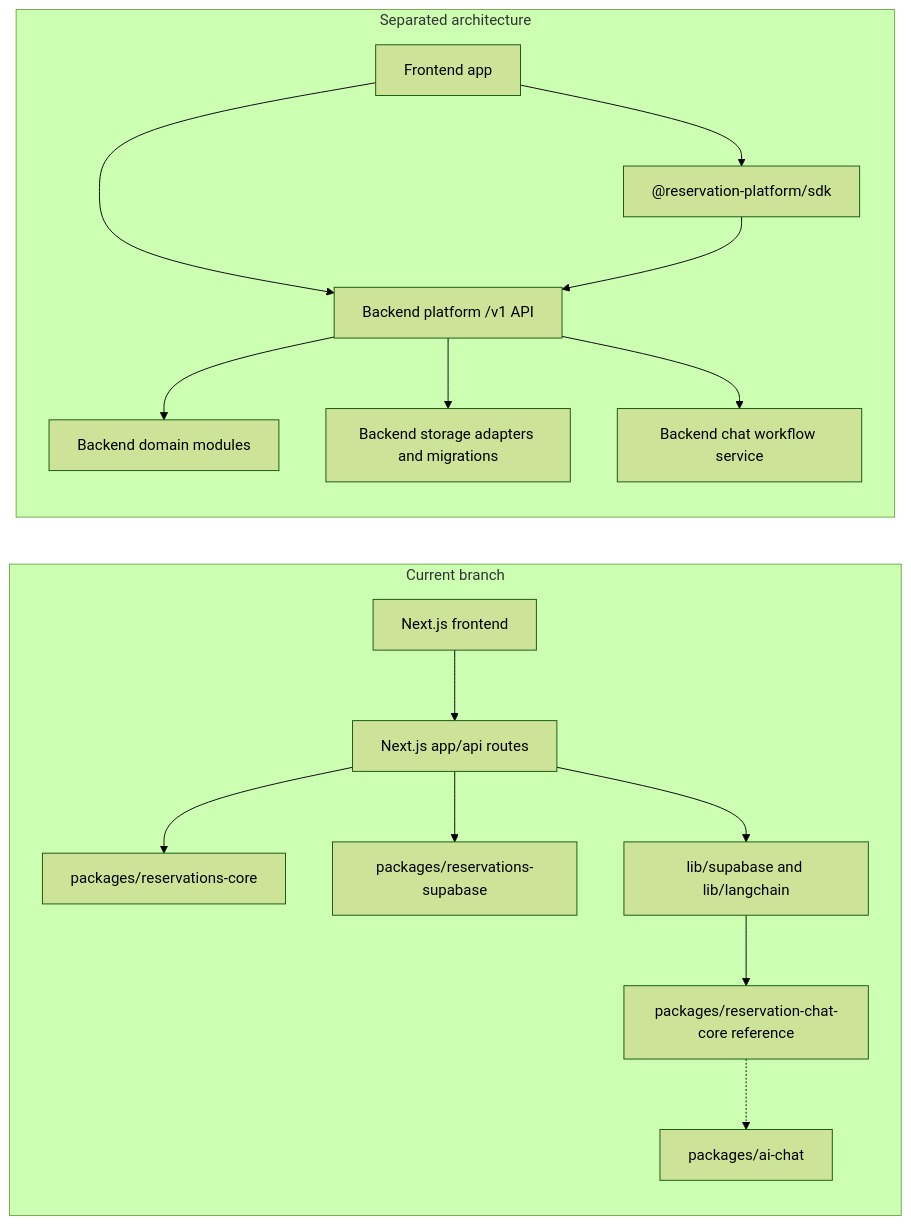
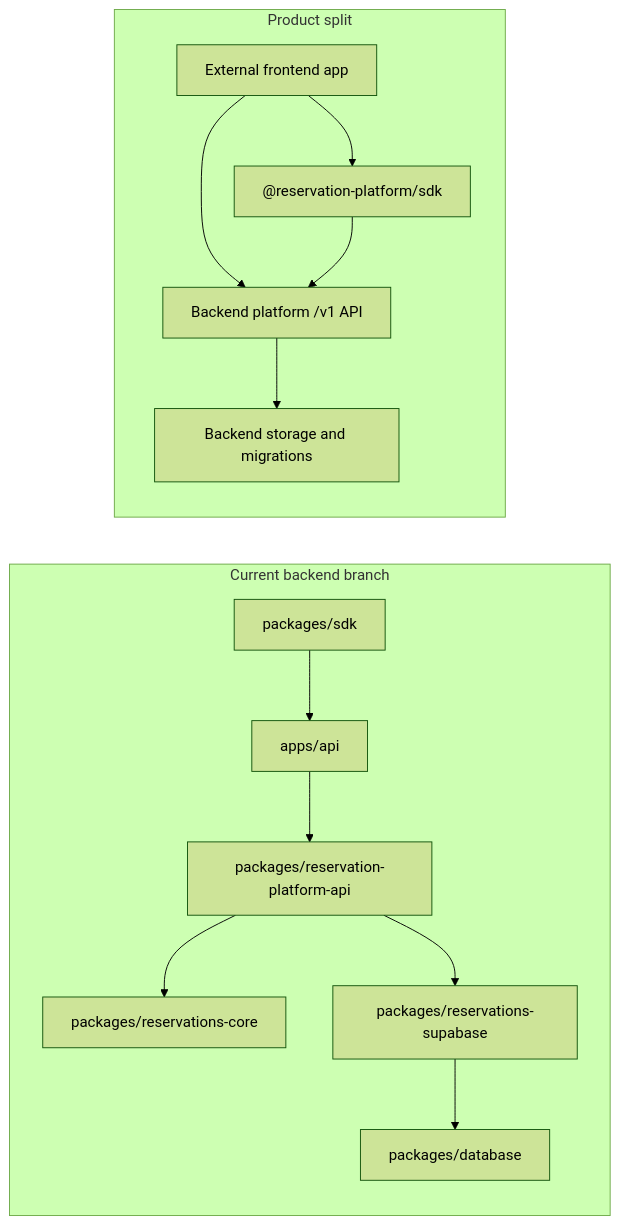
Before and after one commit to jericho0521/reservation-app: the diagram in docs/package-refactor/backend-platform-extraction/frontend-backend-sdk-separation/README.md, drawn with Mermaid (forest theme). The commit also changed other lines of this file and 177 other files, not shown here.

````diff
--- a/docs/package-refactor/backend-platform-extraction/frontend-backend-sdk-separation/README.md
+++ b/docs/package-refactor/backend-platform-extraction/frontend-backend-sdk-separation/README.md
@@ -18,35 +16,29 @@
 ```mermaid
 flowchart LR
-  subgraph Current["Current branch"]
-    UI["Next.js frontend"]
-    API["Next.js app/api routes"]
-    Core["packages/reservations-core"]
+  subgraph Current["Current backend branch"]
+    API["apps/api"]
+    Domain["packages/reservations-core"]
+    PlatformAPI["packages/reservation-platform-api"]
     Supabase["packages/reservations-supabase"]
-    AiChat["packages/ai-chat"]
-    ChatCore["packages/reservation-chat-core reference"]
-    AppLib["lib/supabase and lib/langchain"]
+    Database["packages/database"]
+    SDK["packages/sdk"]
   end
 
-  UI --> API
-  API --> Core
-  API --> Supabase
-  API --> AppLib
-  AppLib --> ChatCore
-  ChatCore -.-> AiChat
-
-  subgraph Target["Separated architecture"]
-    Frontend["Frontend app"]
-    SDK["@reservation-platform/sdk"]
+  subgraph Target["Product split"]
+    Frontend["External frontend app"]
+    PublicSDK["@reservation-platform/sdk"]
     Backend["Backend platform /v1 API"]
-    Services["Backend domain modules"]
-    Storage["Backend storage adapters and migrations"]
-    Chat["Backend chat workflow service"]
+    Storage["Backend storage and migrations"]
   end
 
-  Frontend --> SDK
+  API --> PlatformAPI
+  PlatformAPI --> Domain
+  PlatformAPI --> Supabase
+  Supabase --> Database
+  SDK --> API
+
+  Frontend --> PublicSDK
   Frontend --> Backend
-  SDK --> Backend
-  Backend --> Services
+  PublicSDK --> Backend
   Backend --> Storage
-  Backend --> Chat
 ```
````
